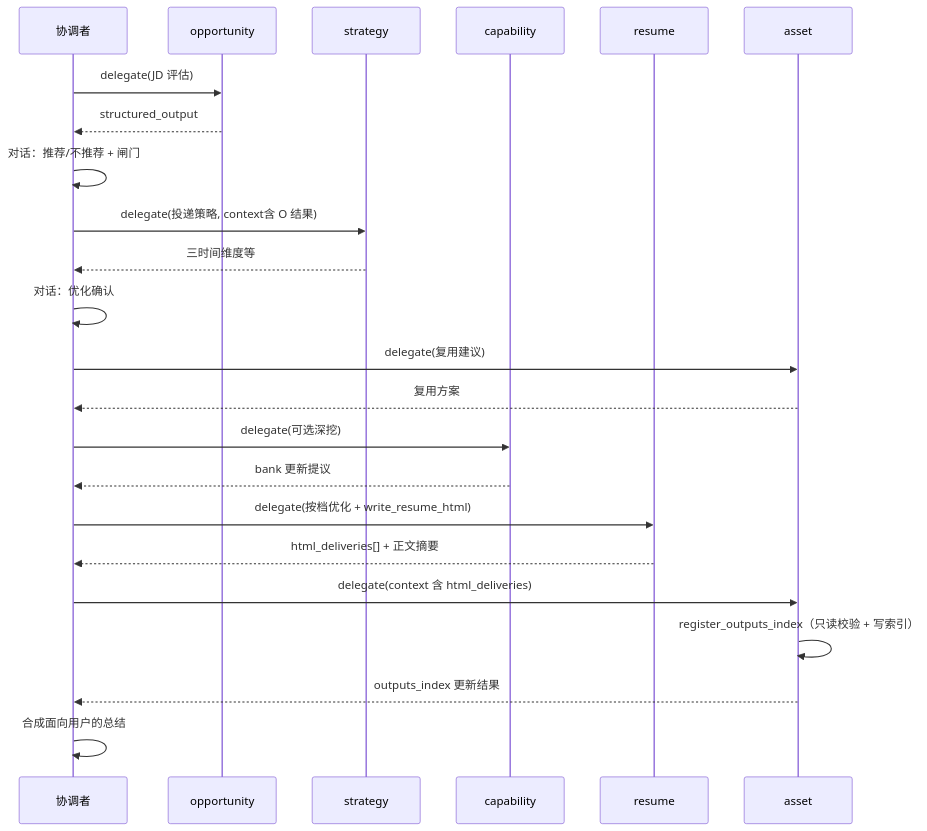
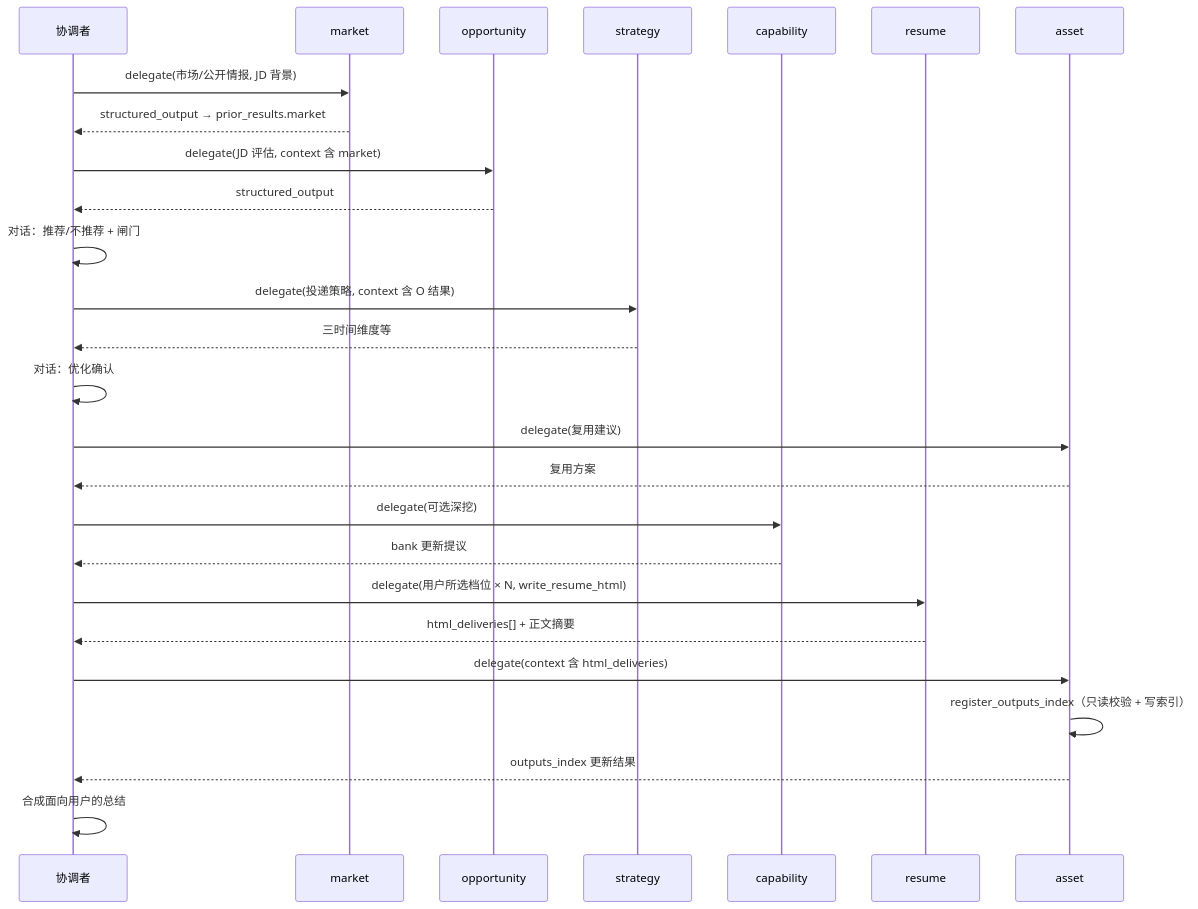
One commit to CatNum/AI-Optimized-Resume-V2 changed the third of 5 diagrams in docs/architecture/01-协调者与Worker.md. Above: the diagram before and after it, drawn with Mermaid. The commit also changed other lines of this file and 16 other files, not shown here.

First line of the commit message:
docs(architecture): 第三轮架构审查结论落盘

````diff
--- a/docs/architecture/01-协调者与Worker.md
+++ b/docs/architecture/01-协调者与Worker.md
@@ -191,26 +194,29 @@
 ```mermaid
 sequenceDiagram
   participant C as 协调者
+  participant M as market
   participant O as opportunity
   participant S as strategy
   participant Cap as capability
   participant R as resume
   participant A as asset
 
-  C->>O: delegate(JD 评估)
+  C->>M: delegate(市场/公开情报, JD 背景)
+  M-->>C: structured_output → prior_results.market
+  C->>O: delegate(JD 评估, context 含 market)
   O-->>C: structured_output
   C->>C: 对话：推荐/不推荐 + 闸门
-  C->>S: delegate(投递策略, context含 O 结果)
+  C->>S: delegate(投递策略, context 含 O 结果)
   S-->>C: 三时间维度等
   C->>C: 对话：优化确认
   C->>A: delegate(复用建议)
   A-->>C: 复用方案
   C->>Cap: delegate(可选深挖)
   Cap-->>C: bank 更新提议
-  C->>R: delegate(按档优化 + write_resume_html)
+  C->>R: delegate(用户所选档位 × N, write_resume_html)
   R-->>C: html_deliveries[] + 正文摘要
   C->>A: delegate(context 含 html_deliveries)
   A->>A: register_outputs_index（只读校验 + 写索引）
   A-->>C: outputs_index 更新结果
   C->>C: 合成面向用户的总结
 ```
````
